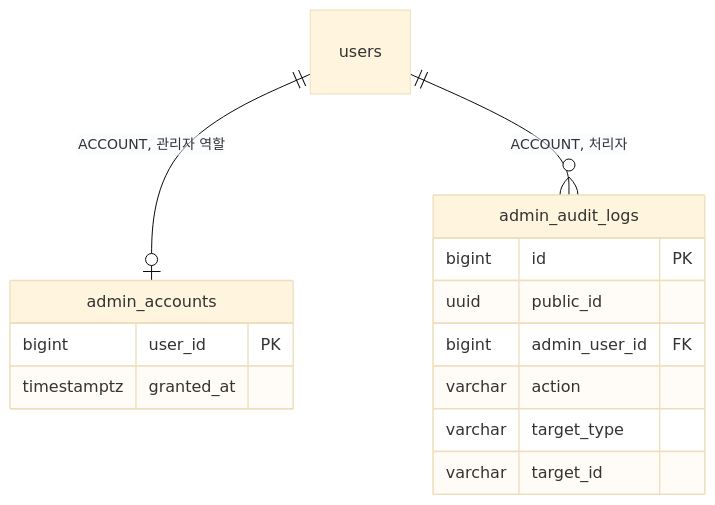
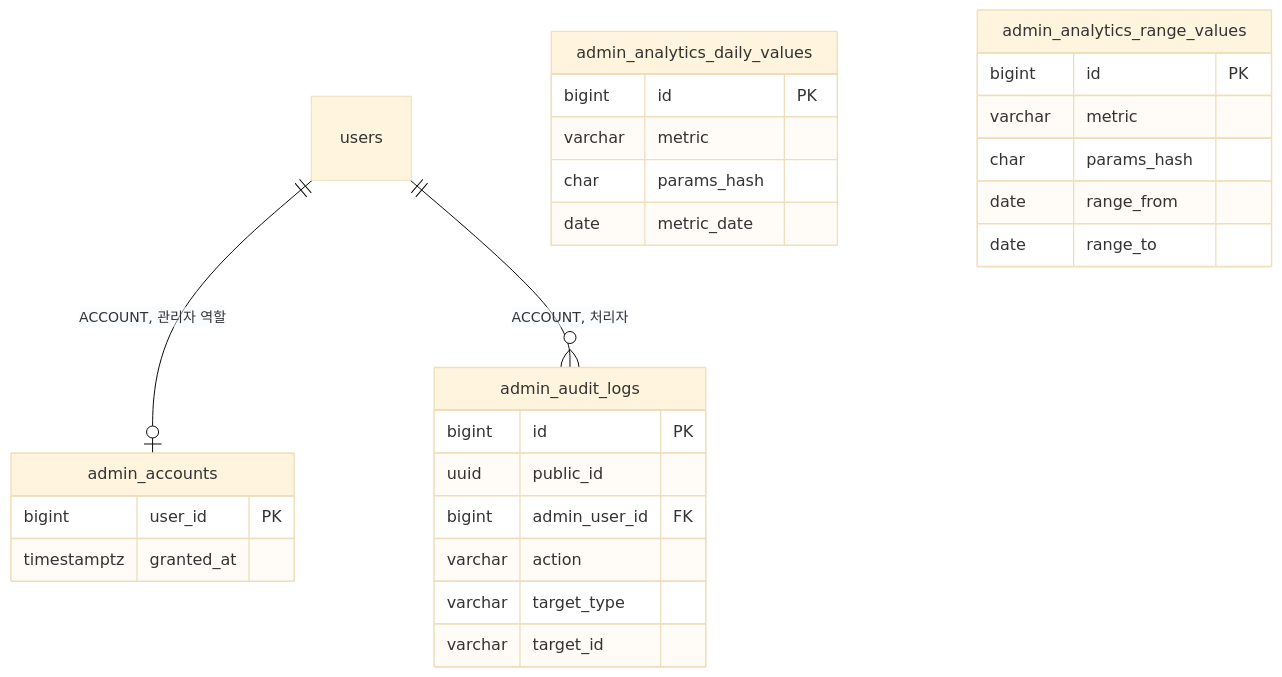
Before and after one commit to KIM-N-KANG/knk-harness: the diagram in docs/domain/ADMIN/BACKEND/3-2-DB-SCHEMA.md, drawn with Mermaid (base theme). The commit also changed other lines of this file and 12 other files, not shown here.

````diff
--- a/docs/domain/ADMIN/BACKEND/3-2-DB-SCHEMA.md
+++ b/docs/domain/ADMIN/BACKEND/3-2-DB-SCHEMA.md
@@ -26,17 +26,30 @@
 ```mermaid
 erDiagram
     users ||--o| admin_accounts : "ACCOUNT, 관리자 역할"
     users ||--o{ admin_audit_logs : "ACCOUNT, 처리자"
     admin_accounts {
         bigint user_id PK
         timestamptz granted_at
     }
     admin_audit_logs {
         bigint id PK
         uuid public_id
         bigint admin_user_id FK
         varchar action
         varchar target_type
         varchar target_id
     }
+    admin_analytics_daily_values {
+        bigint id PK
+        varchar metric
+        char params_hash
+        date metric_date
+    }
+    admin_analytics_range_values {
+        bigint id PK
+        varchar metric
+        char params_hash
+        date range_from
+        date range_to
+    }
 ```
````
